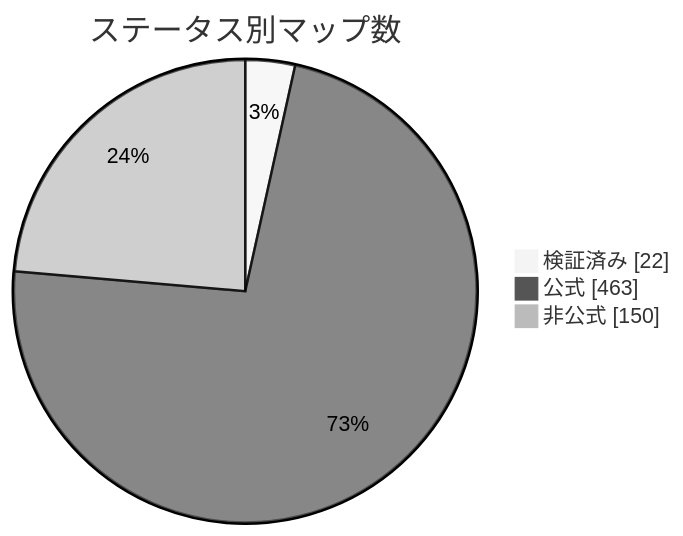
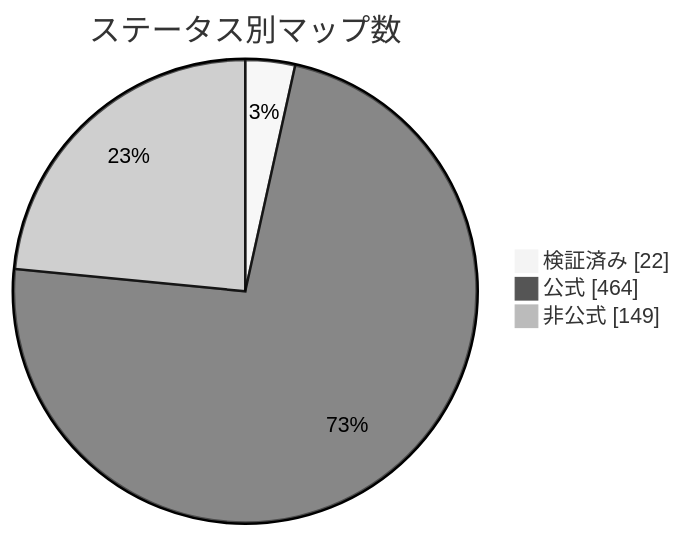
One commit to nobrega8/mbmap-library changed the diagram in docs/readme/README_JP.md. Above: the diagram before and after it, drawn with Mermaid (neutral theme). The commit also changed 6 other files, not shown here.

````diff
--- a/docs/readme/README_JP.md
+++ b/docs/readme/README_JP.md
@@ -54,7 +54,7 @@
 ```mermaid
 pie showData
     title ステータス別マップ数
     "検証済み" : 22
-    "公式" : 463
-    "非公式" : 150
+    "公式" : 464
+    "非公式" : 149
 ```
````
